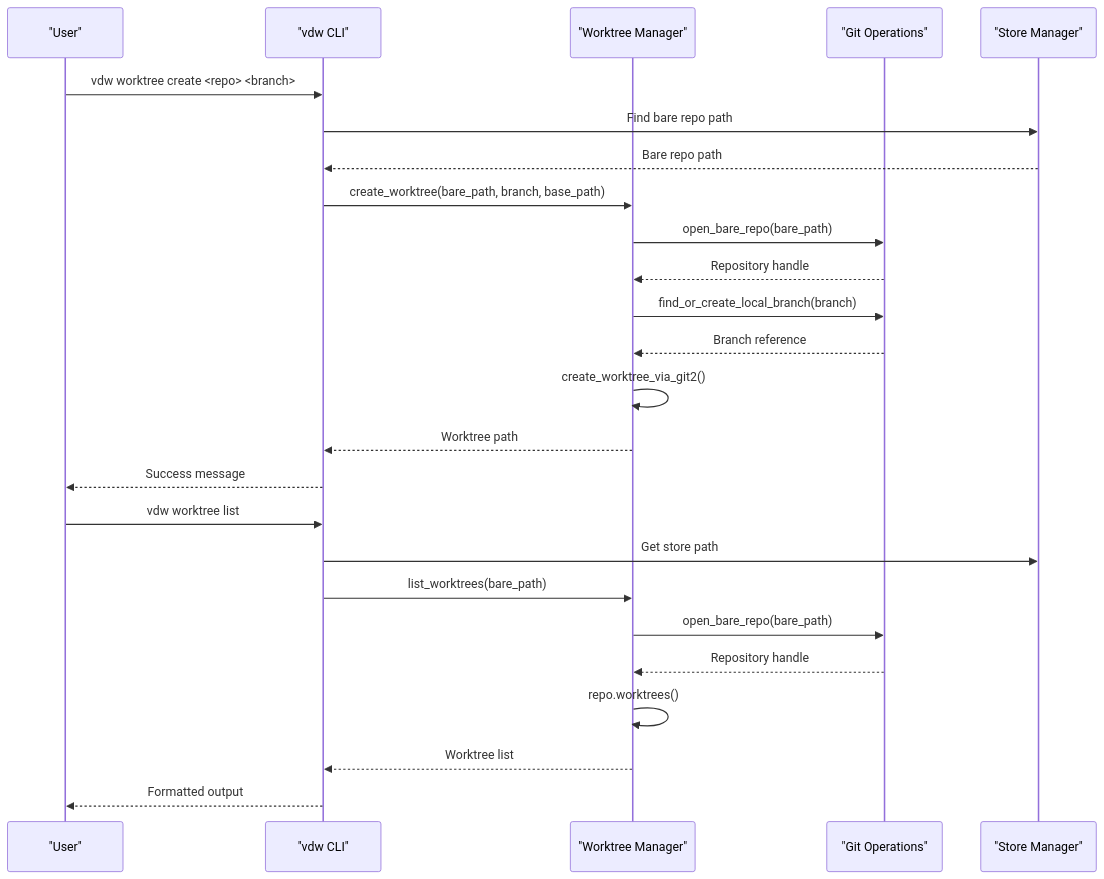
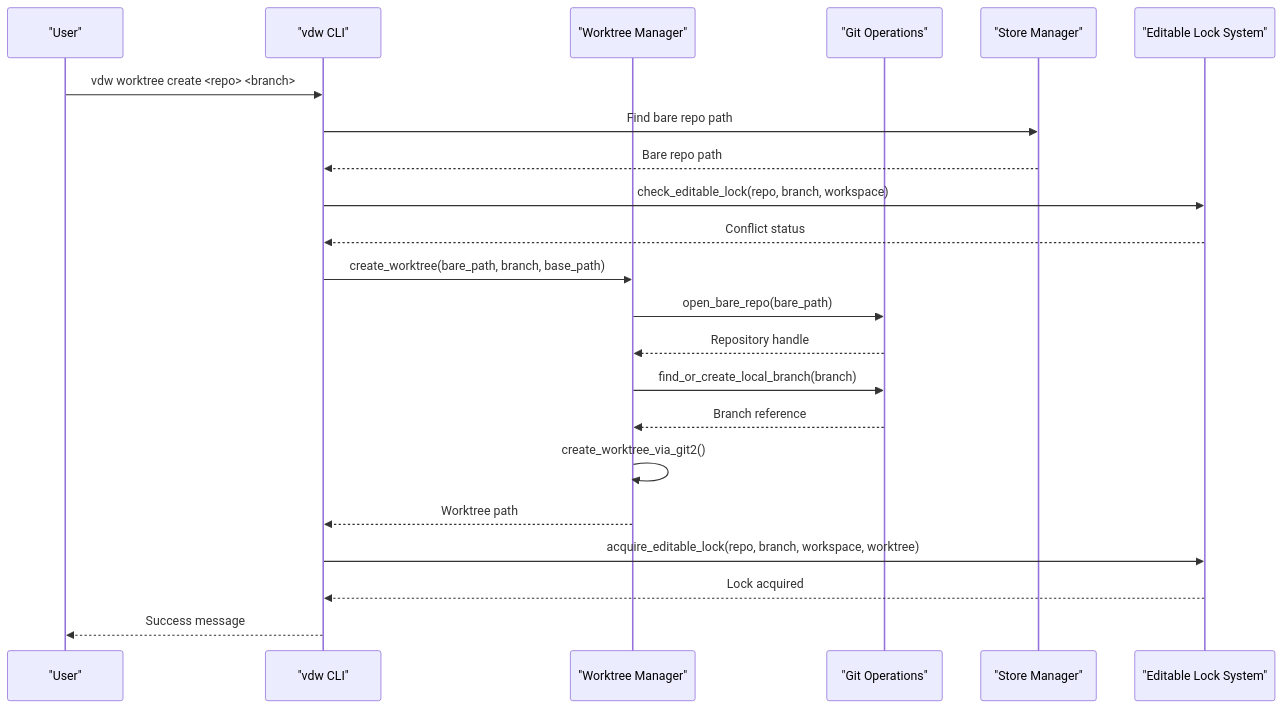
One commit to HWH-2019/vdw changed the third of 9 diagrams in .qoder/repowiki/en/content/Core Features Documentation/Git Worktree Integration (Editable Mode).md. Above: the diagram before and after it, drawn with Mermaid. The commit also changed other lines of this file and 6 other files, not shown here.

````diff
--- a/.qoder/repowiki/en/content/Core Features Documentation/Git Worktree Integration (Editable Mode).md
+++ b/.qoder/repowiki/en/content/Core Features Documentation/Git Worktree Integration (Editable Mode).md
@@ -180,27 +223,24 @@
 ```mermaid
 sequenceDiagram
 participant User as "User"
 participant CLI as "vdw CLI"
 participant Manager as "Worktree Manager"
 participant GitOps as "Git Operations"
 participant Store as "Store Manager"
+participant Lock as "Editable Lock System"
 User->>CLI : vdw worktree create <repo> <branch>
 CLI->>Store : Find bare repo path
 Store-->>CLI : Bare repo path
+CLI->>Lock : check_editable_lock(repo, branch, workspace)
+Lock-->>CLI : Conflict status
 CLI->>Manager : create_worktree(bare_path, branch, base_path)
 Manager->>GitOps : open_bare_repo(bare_path)
 GitOps-->>Manager : Repository handle
 Manager->>GitOps : find_or_create_local_branch(branch)
 GitOps-->>Manager : Branch reference
 Manager->>Manager : create_worktree_via_git2()
 Manager-->>CLI : Worktree path
+CLI->>Lock : acquire_editable_lock(repo, branch, workspace, worktree)
+Lock-->>CLI : Lock acquired
 CLI-->>User : Success message
-User->>CLI : vdw worktree list
-CLI->>Store : Get store path
-CLI->>Manager : list_worktrees(bare_path)
-Manager->>GitOps : open_bare_repo(bare_path)
-GitOps-->>Manager : Repository handle
-Manager->>Manager : repo.worktrees()
-Manager-->>CLI : Worktree list
-CLI-->>User : Formatted output
 ```
````
